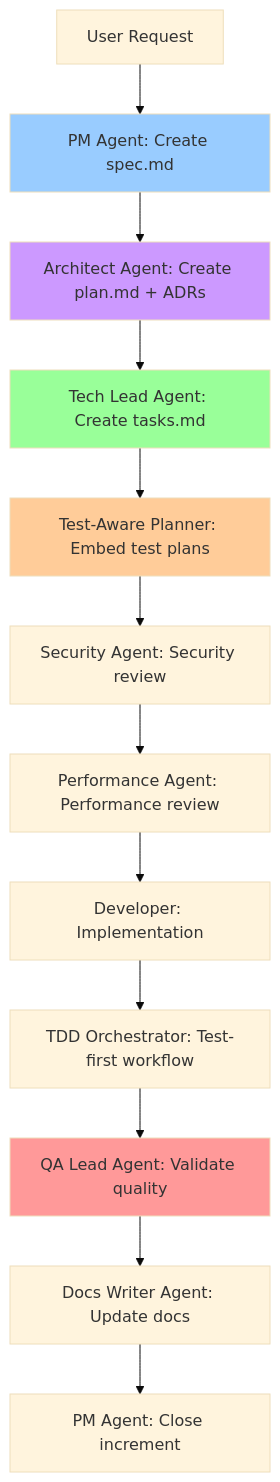
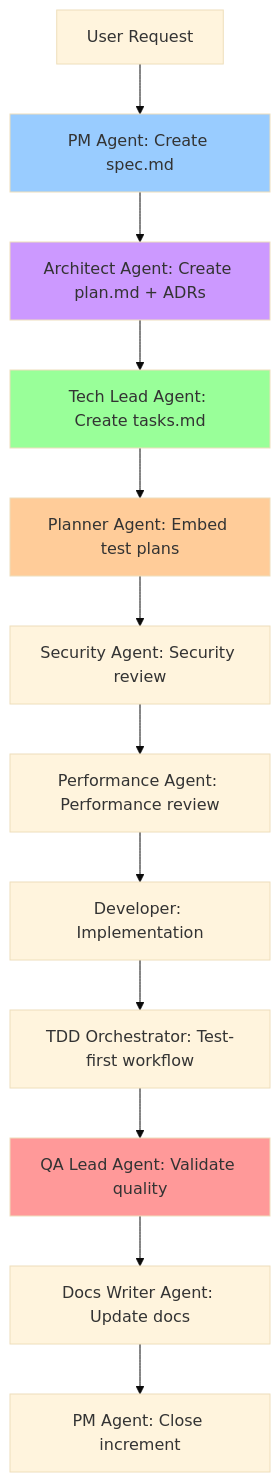
One commit to anton-abyzov/specweave-umb changed the diagram in .specweave/docs/public/learn/foundations/software-engineering-roles.md. Above: the diagram before and after it, drawn with Mermaid (base theme). The commit also changed other lines of this file and 8 other files, not shown here.

````diff
--- a/.specweave/docs/public/learn/foundations/software-engineering-roles.md
+++ b/.specweave/docs/public/learn/foundations/software-engineering-roles.md
@@ -656,20 +656,20 @@
 ```mermaid
 graph TD
     User[User Request] --> PM[PM Agent: Create spec.md]
     PM --> Arch[Architect Agent: Create plan.md + ADRs]
     Arch --> TL[Tech Lead Agent: Create tasks.md]
-    TL --> TAP[Test-Aware Planner: Embed test plans]
+    TL --> TAP[Planner Agent: Embed test plans]
     TAP --> Sec[Security Agent: Security review]
     Sec --> Perf[Performance Agent: Performance review]
     Perf --> Dev[Developer: Implementation]
     Dev --> TDD[TDD Orchestrator: Test-first workflow]
     TDD --> QA[QA Lead Agent: Validate quality]
     QA --> Docs[Docs Writer Agent: Update docs]
     Docs --> PMClose[PM Agent: Close increment]
 
     style PM fill:#99ccff
     style Arch fill:#cc99ff
     style TL fill:#99ff99
     style TAP fill:#ffcc99
     style QA fill:#ff9999
 ```
````
